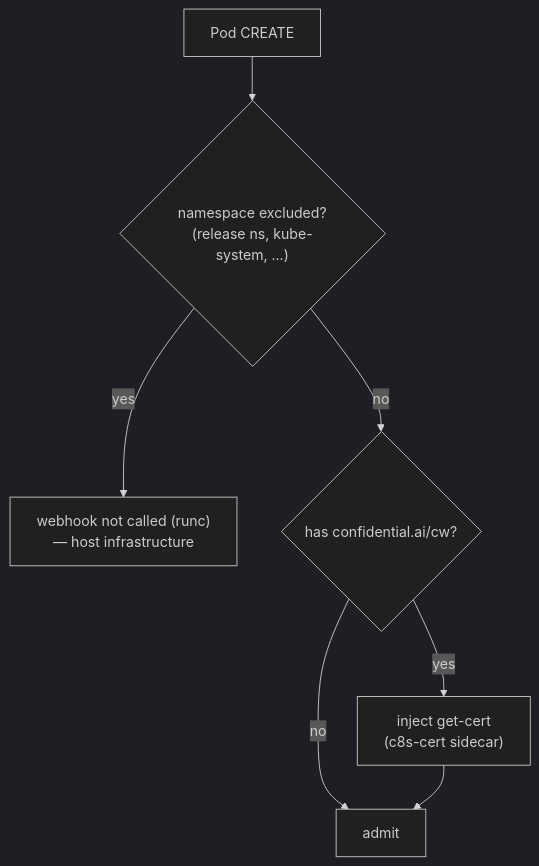
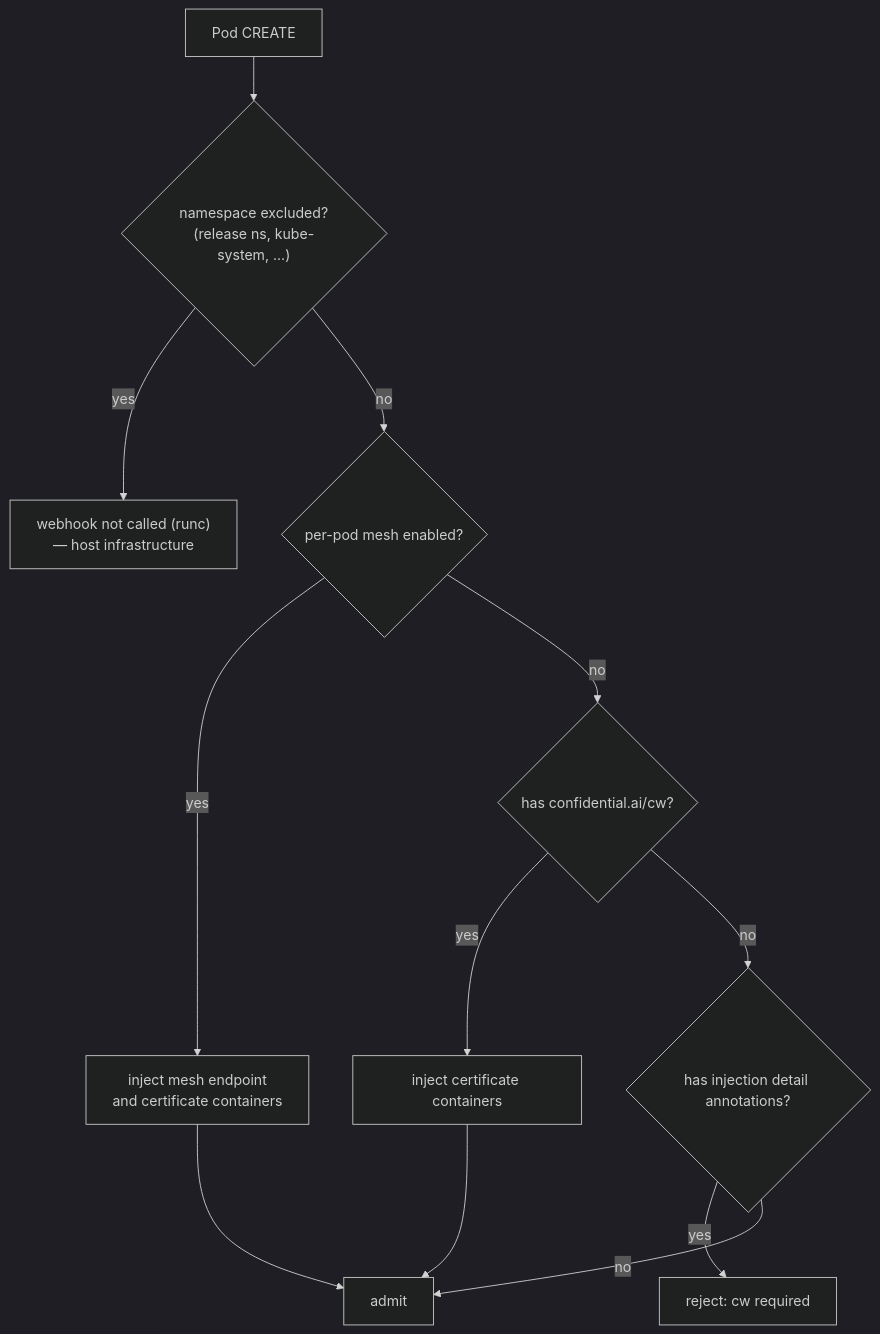
Before and after one commit to confidential-dot-ai/C8s: the second of 4 diagrams in docs/install-flows.md, drawn with Mermaid (dark theme). The commit also changed other lines of this file and 39 other files, not shown here.

First line of the commit message:
feat(webhook): inject the pod mesh endpoint and validate the injected shape

````diff
--- a/docs/install-flows.md
+++ b/docs/install-flows.md
@@ -176,9 +177,14 @@
 ```mermaid
 flowchart TD
     P["Pod CREATE"] --> EX{"namespace excluded?<br/>(release ns, kube-system, ...)"}
     EX -->|yes| PASS["webhook not called (runc)<br/>— host infrastructure"]
-    EX -->|no| CW{"has confidential.ai/cw?"}
-    CW -->|yes| GC["inject get-cert<br/>(c8s-cert sidecar)"]
-    CW -->|no| DONE["admit"]
+    EX -->|no| MESH{"per-pod mesh enabled?"}
+    MESH -->|yes| MC["inject mesh endpoint<br/>and certificate containers"]
+    MESH -->|no| CW{"has confidential.ai/cw?"}
+    CW -->|yes| GC["inject certificate containers"]
+    CW -->|no| DETAILS{"has injection detail annotations?"}
+    DETAILS -->|yes| DENY["reject: cw required"]
+    DETAILS -->|no| DONE["admit"]
+    MC --> DONE
     GC --> DONE
 ```
````
